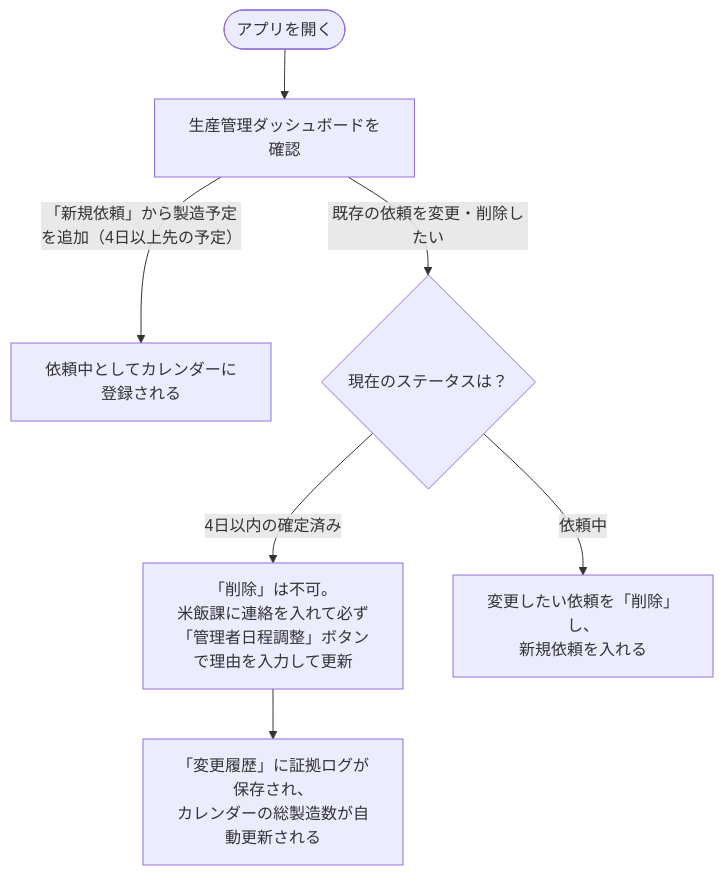
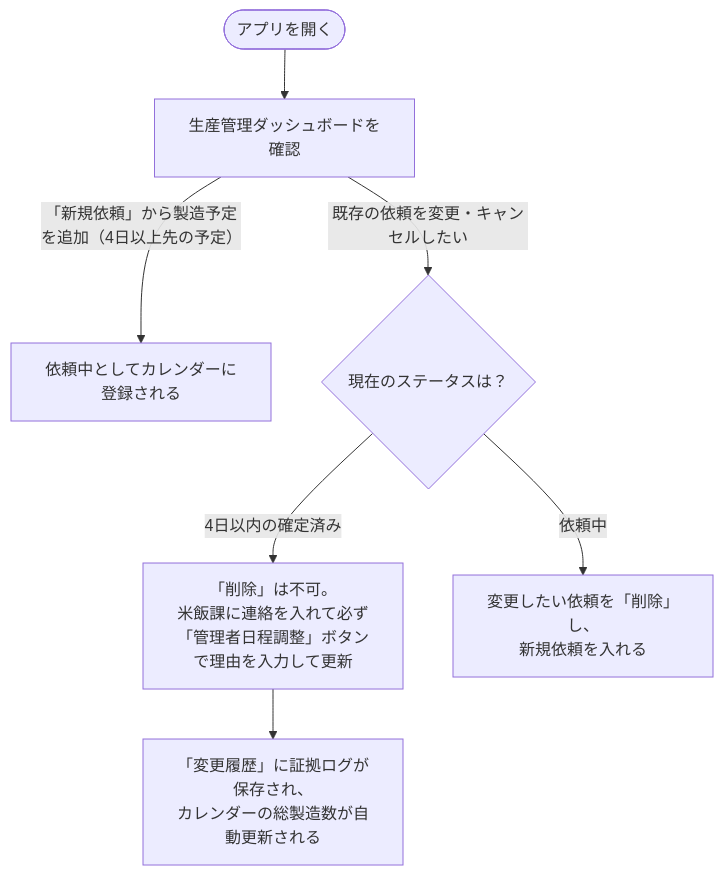
The third of 4 diagrams in appsheet_architecture/01_system_architecture.md (mihiro10/beihanka_irai_docs), drawn with Mermaid before and after one commit. The commit also changed other lines of this file, not shown here.

Commit message:
docs: clean up section headers and refine prod mgmt flow wording

````diff
--- a/appsheet_architecture/01_system_architecture.md
+++ b/appsheet_architecture/01_system_architecture.md
@@ -72,9 +72,9 @@
 ```mermaid
 flowchart TB
     Start(["アプリを開く"]) --> Dash["生産管理ダッシュボードを確認"]
     Dash -- 「新規依頼」から製造予定を追加（4日以上先の予定） --> Draft["依頼中としてカレンダーに登録される"]
-    Dash -- 既存の依頼を変更・削除したい --> CheckStatus{"現在のステータスは？"}
+    Dash -- 既存の依頼を変更・キャンセルしたい --> CheckStatus{"現在のステータスは？"}
     CheckStatus -- 4日以内の確定済み --> Admin["「削除」は不可。<br>米飯課に連絡を入れて必ず<br>「管理者日程調整」ボタンで理由を入力して更新"]
     CheckStatus -- 依頼中 --> Free["変更したい依頼を「削除」し、<br>新規依頼を入れる"]
     Admin --> Log["「変更履歴」に証拠ログが保存され、<br>カレンダーの総製造数が自動更新される"]
 ```
````
